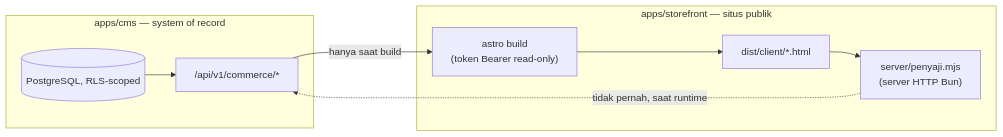
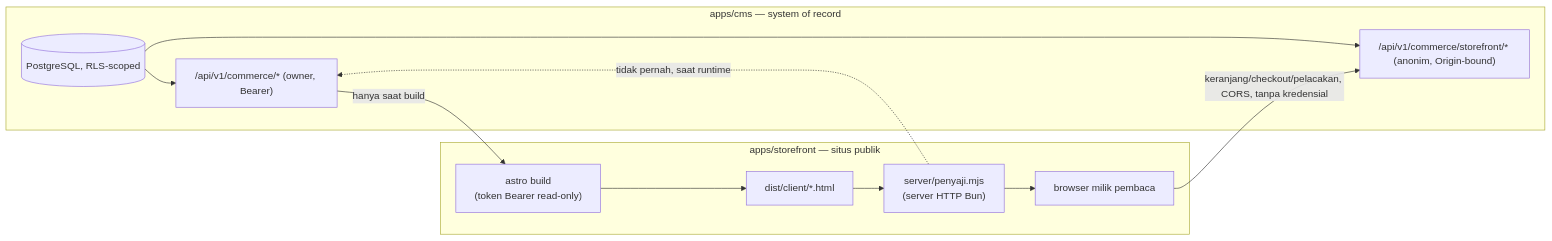
One commit to ahliweb/awcms-one changed the diagram in docs/arsitektur.id.md. Above: the diagram before and after it, drawn with Mermaid. The commit also changed other lines of this file and 1426 other files, not shown here.

First line of the commit message:
docs: increment-2 documentation refresh, ADR-0007..0010, mirrors, knowledge graph, skills (#43)

````diff
--- a/docs/arsitektur.id.md
+++ b/docs/arsitektur.id.md
@@ -11,18 +11,22 @@
 ```mermaid
 flowchart LR
   subgraph "apps/cms — system of record"
     DB[(PostgreSQL, RLS-scoped)]
-    API["/api/v1/commerce/*"]
-    DB --> API
+    OwnerAPI["/api/v1/commerce/* (owner, Bearer)"]
+    PublicAPI["/api/v1/commerce/storefront/* (anonim, Origin-bound)"]
+    DB --> OwnerAPI
+    DB --> PublicAPI
   end
 
   subgraph "apps/storefront — situs publik"
     Build["astro build\n(token Bearer read-only)"]
     Files["dist/client/*.html"]
     Penyaji["server/penyaji.mjs\n(server HTTP Bun)"]
-    Build --> Files --> Penyaji
+    Browser["browser milik pembaca"]
+    Build --> Files --> Penyaji --> Browser
   end
 
-  API -- "hanya saat build" --> Build
-  Penyaji -. "tidak pernah, saat runtime" .-> API
+  OwnerAPI -- "hanya saat build" --> Build
+  Penyaji -. "tidak pernah, saat runtime" .-> OwnerAPI
+  Browser -- "keranjang/checkout/pelacakan, CORS, tanpa kredensial" --> PublicAPI
 ```
````
